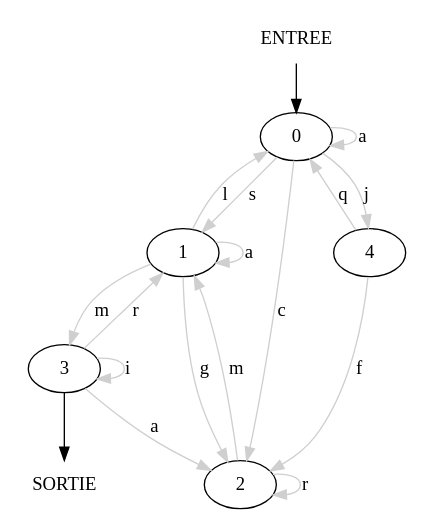
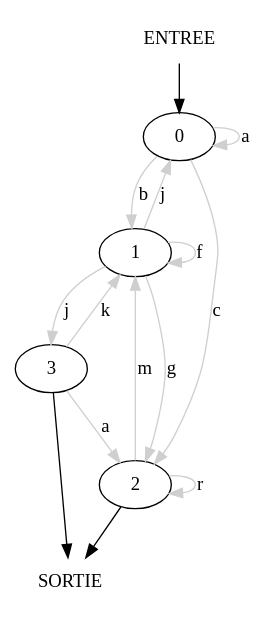
Before and after one commit to Y7T007/PROJECT_THL_GI: the diagram in cmake-build-debug/ff2.dot, drawn with Graphviz. The commit also changed 2 other files, not shown here.

```diff
--- a/cmake-build-debug/ff2.dot
+++ b/cmake-build-debug/ff2.dot
@@ -1,25 +1,21 @@
 digraph test_graph{
 e[ label="ENTREE" shape=none]
 s[ label="SORTIE" shape=none]
 0 [label="0"]
 1 [label="1"]
 2 [label="2"]
-3 [label="3"]
-4 [label="4"];
+3 [label="3"];
 e -> 0  ;
 0 -> 0 [label="a" color=grey81 ] 
-0 -> 1 [label="s" color=grey81 ] 
+0 -> 1 [label="b" color=grey81 ] 
 0 -> 2 [label="c" color=grey81 ] 
-0 -> 4 [label="j" color=grey81 ] 
-1 -> 0 [label="l" color=grey81 ] 
-1 -> 1 [label="a" color=grey81 ] 
+1 -> 0 [label="j" color=grey81 ] 
+1 -> 1 [label="f" color=grey81 ] 
 1 -> 2 [label="g" color=grey81 ] 
-1 -> 3 [label="m" color=grey81 ] 
+1 -> 3 [label="j" color=grey81 ] 
+2 -> s ;
 2 -> 1 [label="m" color=grey81 ] 
 2 -> 2 [label="r" color=grey81 ] 
 3 -> s ;
-3 -> 1 [label="r" color=grey81 ] 
-3 -> 2 [label="a" color=grey81 ] 
-3 -> 3 [label="i" color=grey81 ] 
-4 -> 0 [label="q" color=grey81 ] 
-4 -> 2 [label="f" color=grey81 ] }
+3 -> 1 [label="k" color=grey81 ] 
+3 -> 2 [label="a" color=grey81 ] }
```
